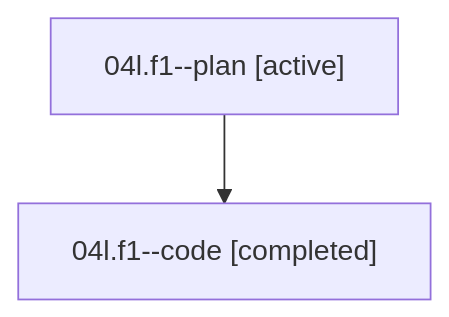
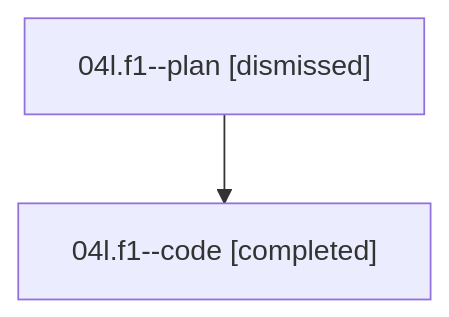
Before and after one commit to sase-org/sase--agents: the diagram in sessions/bbugyi200.athena.04l.f1.md, drawn with Mermaid. The commit also changed other lines of this file and 28 other files, not shown here.

````diff
--- a/sessions/bbugyi200.athena.04l.f1.md
+++ b/sessions/bbugyi200.athena.04l.f1.md
@@ -9,6 +9,6 @@
 ```mermaid
 flowchart TD
-  n0["04l.f1--plan [active]"]
+  n0["04l.f1--plan [dismissed]"]
   n1["04l.f1--code [completed]"]
   n0 --> n1
 ```
````
